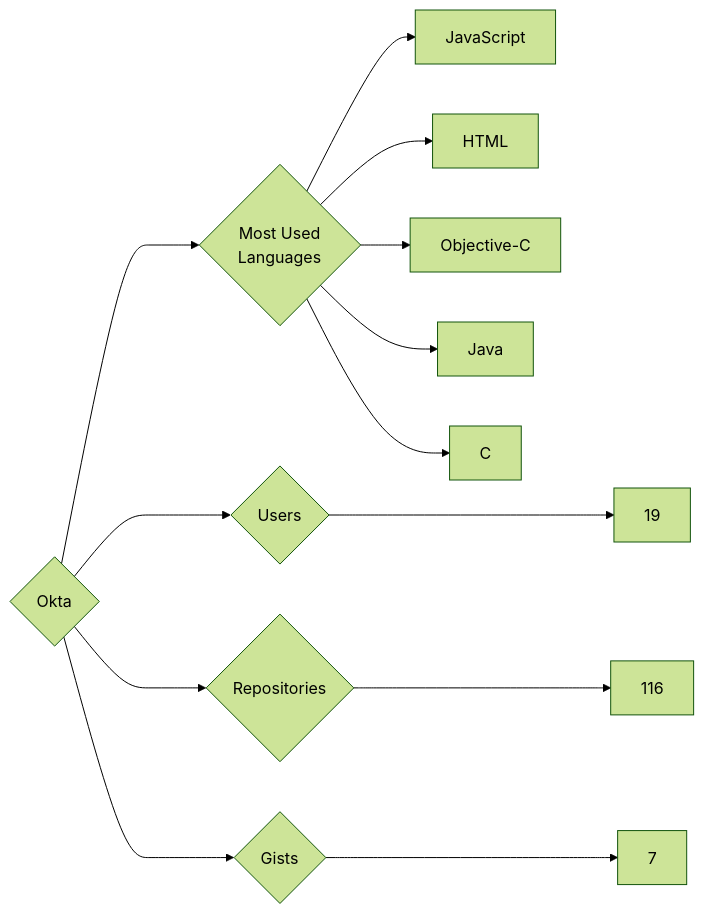
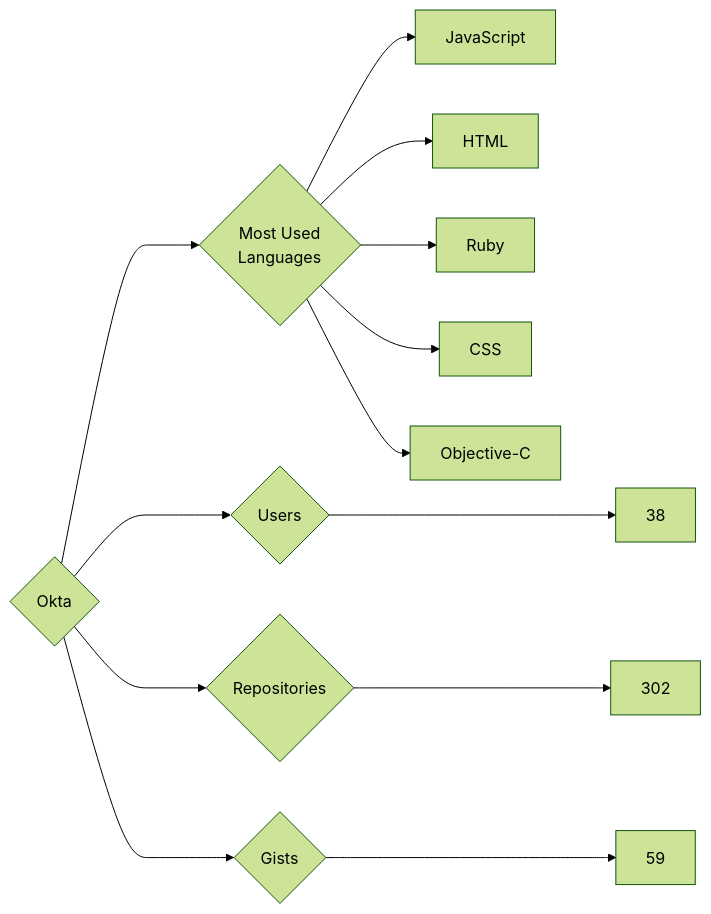
Before and after one commit to trickest/insiders: the diagram in targets/Okta/README.md, drawn with Mermaid (forest theme). The commit also changed 878 other files, not shown here.

````diff
--- a/targets/Okta/README.md
+++ b/targets/Okta/README.md
@@ -3,13 +3,13 @@
 ```mermaid
 graph LR
 COMPANY_NAME{Okta}
-COMPANY_NAME ---> U{Users} ---> UN[19]
-COMPANY_NAME ---> R{Repositories} ---> RN[116]
-COMPANY_NAME ---> G{Gists} ---> GN[7]
+COMPANY_NAME ---> U{Users} ---> UN[38]
+COMPANY_NAME ---> R{Repositories} ---> RN[302]
+COMPANY_NAME ---> G{Gists} ---> GN[59]
 COMPANY_NAME ---> ML{Most Used<br>Languages}
 ML --> JavaScript[JavaScript]
 ML --> HTML[HTML]
+ML --> Ruby[Ruby]
+ML --> CSS[CSS]
 ML --> Objective-C[Objective-C]
-ML --> Java[Java]
-ML --> C[C]
 ```
````
